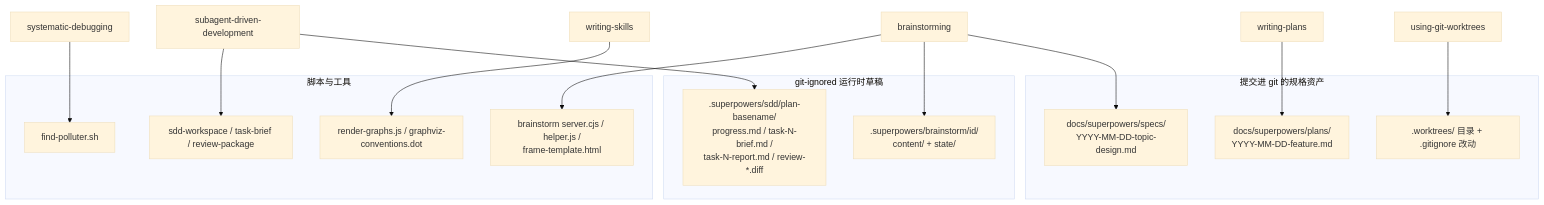
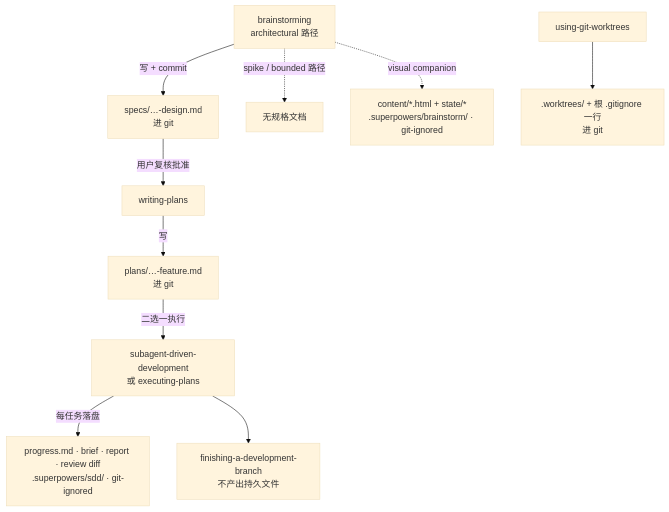
One commit to NicholasZXT/superpowers changed the fourth of 4 diagrams in docs-learn/superpowers-learn.md. Above: the diagram before and after it, drawn with Mermaid (base theme). The commit also changed other lines of this file, not shown here.

````diff
--- a/docs-learn/superpowers-learn.md
+++ b/docs-learn/superpowers-learn.md
@@ -422,27 +630,12 @@
 ```mermaid
 flowchart TB
-    subgraph Committed["提交进 git 的规格资产"]
-        SPEC["docs/superpowers/specs/<br/>YYYY-MM-DD-topic-design.md"]
-        PLAN["docs/superpowers/plans/<br/>YYYY-MM-DD-feature.md"]
-        GI[".worktrees/ 目录 + .gitignore 改动"]
-    end
-    subgraph Scratch["git-ignored 运行时草稿"]
-        SDD[".superpowers/sdd/plan-basename/<br/>progress.md / task-N-brief.md /<br/>task-N-report.md / review-*.diff"]
-        BS[".superpowers/brainstorm/id/<br/>content/ + state/"]
-    end
-    subgraph Scripts["脚本与工具"]
-        CJS["brainstorm server.cjs / helper.js /<br/>frame-template.html"]
-        SH["sdd-workspace / task-brief / review-package"]
-        FP["find-polluter.sh"]
-        RG["render-graphs.js / graphviz-conventions.dot"]
-    end
-    B["brainstorming"] --> SPEC
-    B --> BS
-    B --> CJS
-    W["writing-plans"] --> PLAN
-    G["using-git-worktrees"] --> GI
-    S["subagent-driven-development"] --> SDD
-    S --> SH
-    D["systematic-debugging"] --> FP
-    WS["writing-skills"] --> RG
+    A["brainstorming<br/>architectural 路径"] -->|"写 + commit"| S["specs/…-design.md<br/>进 git"]
+    A -.->|"spike / bounded 路径"| N["无规格文档"]
+    S -->|"用户复核批准"| W["writing-plans"]
+    W -->|"写"| P["plans/…-feature.md<br/>进 git"]
+    P -->|"二选一执行"| E["subagent-driven-development<br/>或 executing-plans"]
+    E -->|"每任务落盘"| L["progress.md · brief · report · review diff<br/>.superpowers/sdd/ · git-ignored"]
+    A -.->|"visual companion"| V["content/*.html + state/*<br/>.superpowers/brainstorm/ · git-ignored"]
+    G["using-git-worktrees"] --> T[".worktrees/ + 根 .gitignore 一行<br/>进 git"]
+    E --> F["finishing-a-development-branch<br/>不产出持久文件"]
 ```
````
